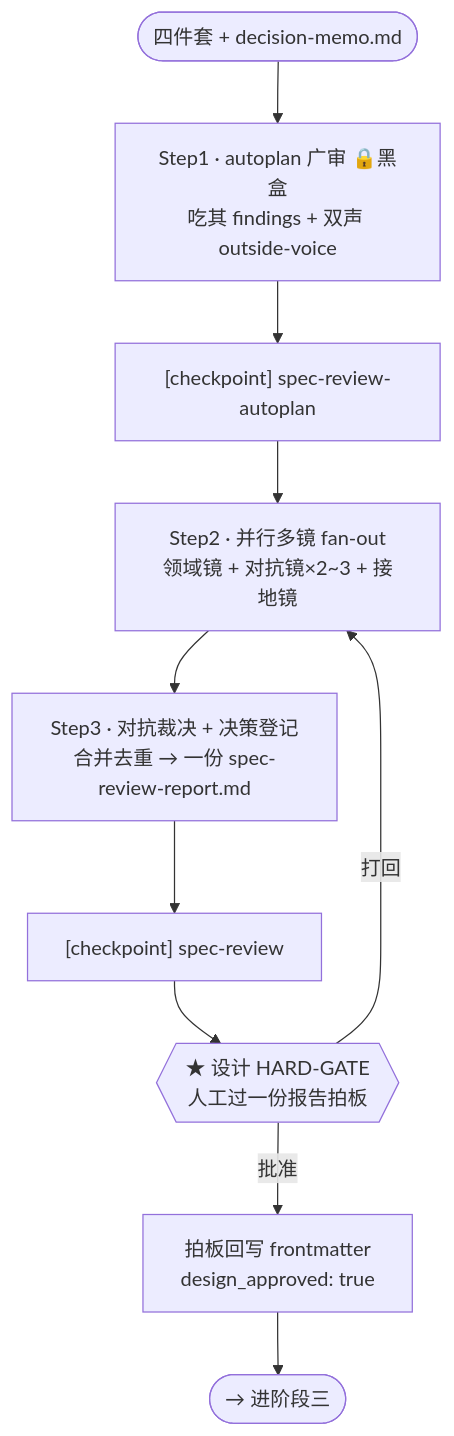
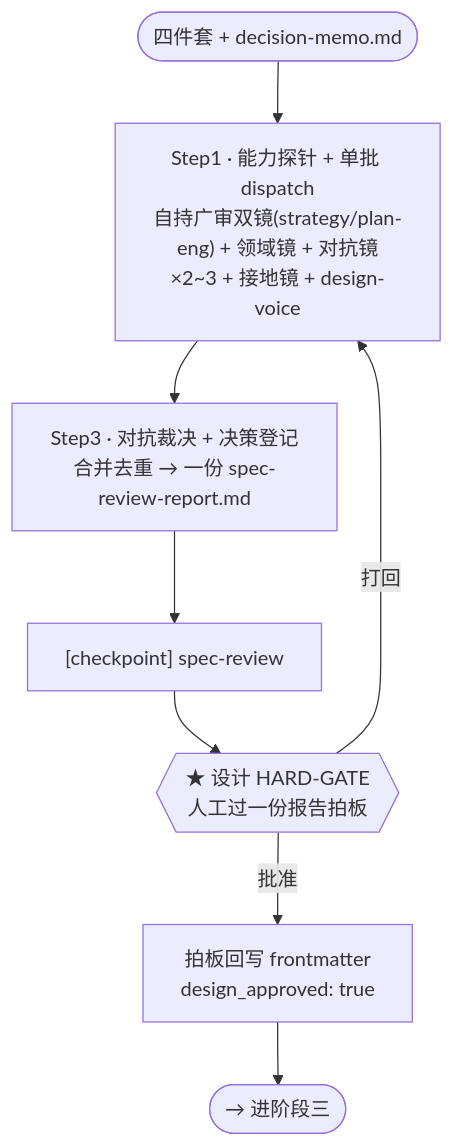
Before and after one commit to laodao-ai/sdflow-skills: the fourth of 8 diagrams in docs/workflow-overview.md, drawn with Mermaid. The commit also changed other lines of this file and 26 other files, not shown here.

````diff
--- a/docs/workflow-overview.md
+++ b/docs/workflow-overview.md
@@ -120,12 +120,10 @@
 ```mermaid
 flowchart TD
-    IN(["四件套 + decision-memo.md"]) --> S1["Step1 · autoplan 广审 🔒黑盒<br/>吃其 findings + 双声 outside-voice"]
-    S1 --> CP1["[checkpoint] spec-review-autoplan"]
-    CP1 --> S2["Step2 · 并行多镜 fan-out<br/>领域镜 + 对抗镜×2~3 + 接地镜"]
-    S2 --> S3["Step3 · 对抗裁决 + 决策登记<br/>合并去重 → 一份 spec-review-report.md"]
+    IN(["四件套 + decision-memo.md"]) --> S1["Step1 · 能力探针 + 单批 dispatch<br/>自持广审双镜(strategy/plan-eng) + 领域镜 + 对抗镜×2~3 + 接地镜 + design-voice"]
+    S1 --> S3["Step3 · 对抗裁决 + 决策登记<br/>合并去重 → 一份 spec-review-report.md"]
     S3 --> CP2["[checkpoint] spec-review"]
     CP2 --> GATE{{"★ 设计 HARD-GATE<br/>人工过一份报告拍板"}}
     GATE -->|批准| FM["拍板回写 frontmatter<br/>design_approved: true"]
-    GATE -->|打回| S2
+    GATE -->|打回| S1
     FM --> OUT(["→ 进阶段三"])
 ```
````
